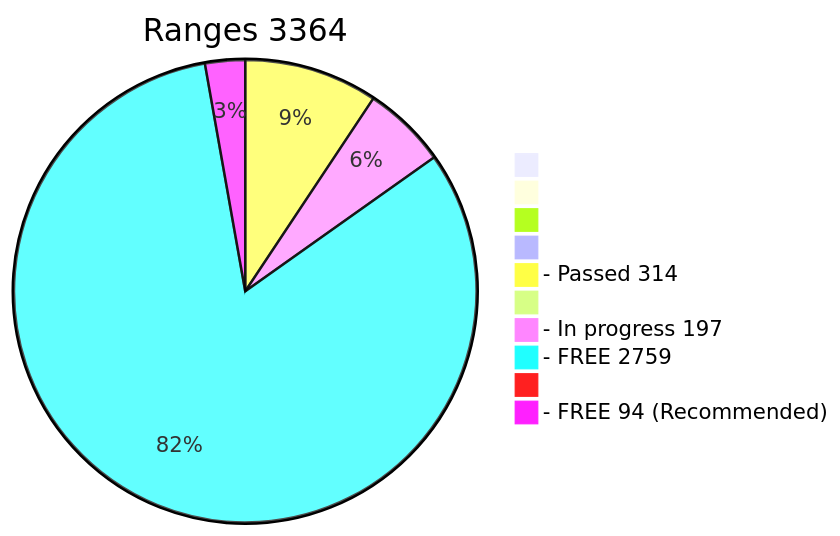
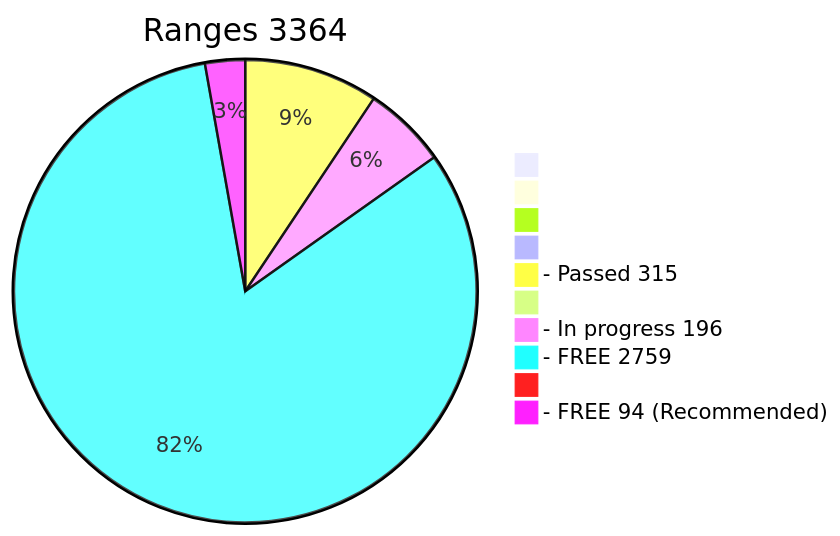
One commit to phrutis/wif500 changed the diagram in x64/Release/table.md. Above: the diagram before and after it, drawn with Mermaid. The commit also changed other lines of this file, not shown here.

````diff
--- a/x64/Release/table.md
+++ b/x64/Release/table.md
@@ -2,13 +2,13 @@
 ```mermaid
 pie title Ranges 3364
   " " : 0
   "  " : 0
   "   " : 0
   "    " : 0
-  "- Passed 314" : 314
+  "- Passed 315" : 315
   "     " : 0
-  "- In progress 197" : 197
+  "- In progress 196" : 196
   "- FREE 2759" : 2759
   "      " : 0
   "- FREE 94 (Recommended)" : 94
 ```
````
